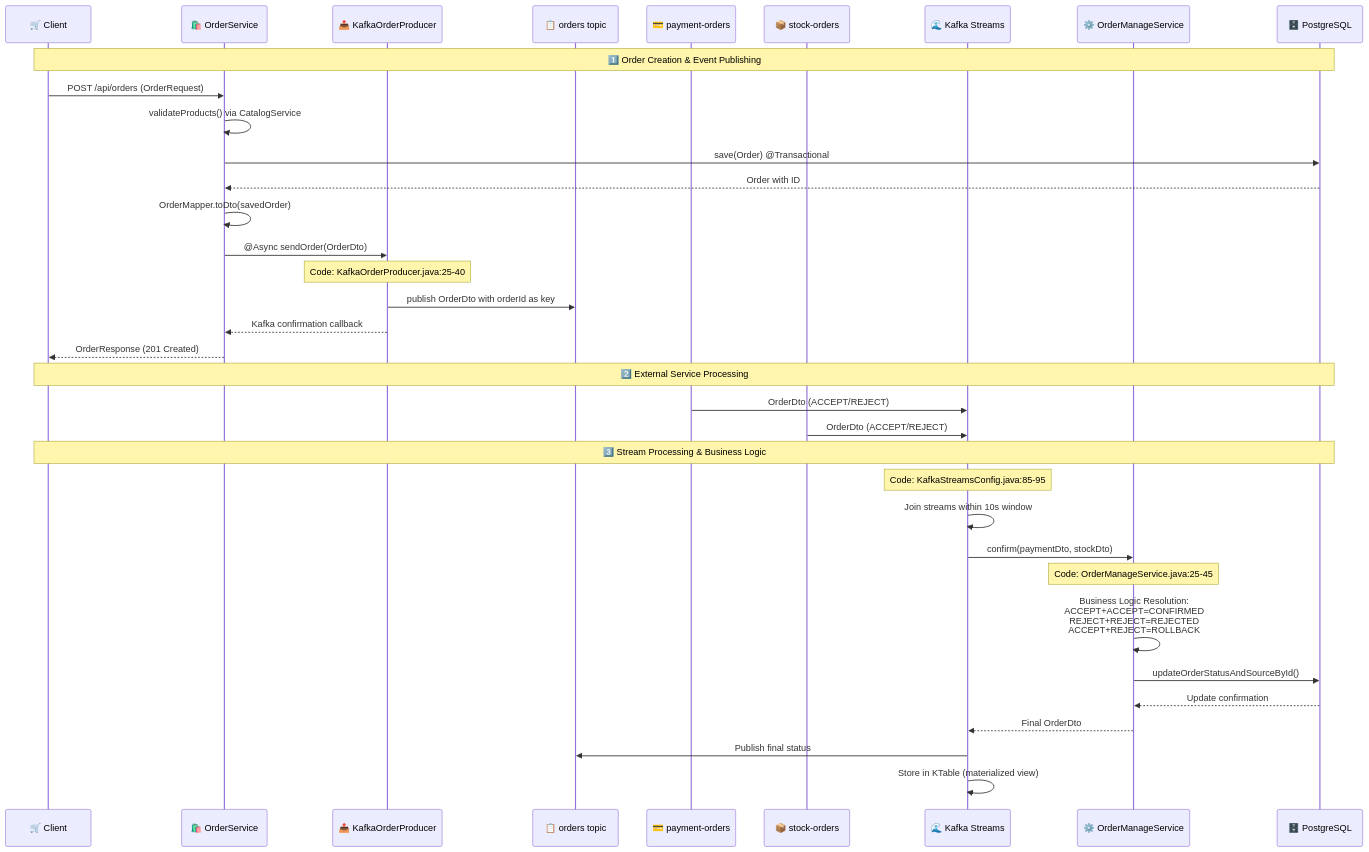
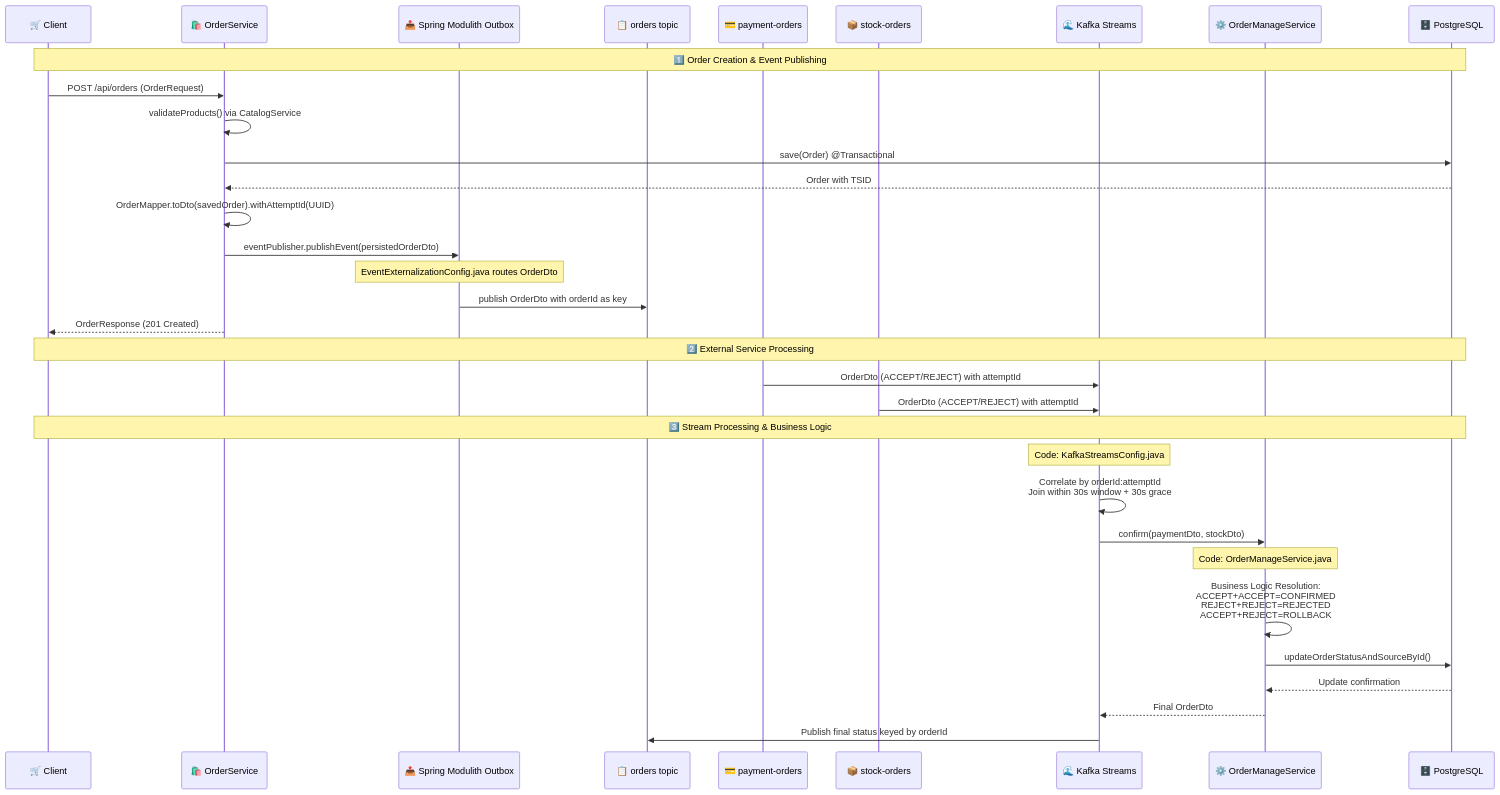
The second of 3 diagrams in order-service/docs/01-Event-Driven-Architecture-Deep-Dive.md (rajadilipkolli/spring-boot-microservices-series-v2), drawn with Mermaid before and after one commit. The commit also changed other lines of this file and 51 other files, not shown here.

````diff
--- a/order-service/docs/01-Event-Driven-Architecture-Deep-Dive.md
+++ b/order-service/docs/01-Event-Driven-Architecture-Deep-Dive.md
@@ -61,43 +58,41 @@
 ```mermaid
 sequenceDiagram
     participant Client as 🛒 Client
     participant OrderAPI as 🛍️ OrderService
-    participant KafkaProducer as 📤 KafkaOrderProducer
+    participant Modulith as 📤 Spring Modulith Outbox
     participant OrdersTopic as 📋 orders topic
     participant PaymentTopic as 💳 payment-orders
     participant StockTopic as 📦 stock-orders
     participant KafkaStreams as 🌊 Kafka Streams
     participant OrderManage as ⚙️ OrderManageService
     participant Database as 🗄️ PostgreSQL
     
     Note over Client, Database: 1️⃣ Order Creation & Event Publishing
     Client->>OrderAPI: POST /api/orders (OrderRequest)
     OrderAPI->>OrderAPI: validateProducts() via CatalogService
     OrderAPI->>Database: save(Order) @Transactional
-    Database-->>OrderAPI: Order with ID
-    OrderAPI->>OrderAPI: OrderMapper.toDto(savedOrder)
-    OrderAPI->>KafkaProducer: @Async sendOrder(OrderDto)
+    Database-->>OrderAPI: Order with TSID
+    OrderAPI->>OrderAPI: OrderMapper.toDto(savedOrder).withAttemptId(UUID)
+    OrderAPI->>Modulith: eventPublisher.publishEvent(persistedOrderDto)
     
-    Note over KafkaProducer: Code: KafkaOrderProducer.java:25-40
-    KafkaProducer->>OrdersTopic: publish OrderDto with orderId as key
-    KafkaProducer-->>OrderAPI: Kafka confirmation callback
+    Note over Modulith: EventExternalizationConfig.java routes OrderDto
+    Modulith->>OrdersTopic: publish OrderDto with orderId as key
     OrderAPI-->>Client: OrderResponse (201 Created)
     
     Note over Client, Database: 2️⃣ External Service Processing
-    PaymentTopic->>KafkaStreams: OrderDto (ACCEPT/REJECT)
-    StockTopic->>KafkaStreams: OrderDto (ACCEPT/REJECT)
+    PaymentTopic->>KafkaStreams: OrderDto (ACCEPT/REJECT) with attemptId
+    StockTopic->>KafkaStreams: OrderDto (ACCEPT/REJECT) with attemptId
     
     Note over Client, Database: 3️⃣ Stream Processing & Business Logic
-    Note over KafkaStreams: Code: KafkaStreamsConfig.java:85-95
-    KafkaStreams->>KafkaStreams: Join streams within 10s window
+    Note over KafkaStreams: Code: KafkaStreamsConfig.java
+    KafkaStreams->>KafkaStreams: Correlate by orderId:attemptId<br/>Join within 30s window + 30s grace
     KafkaStreams->>OrderManage: confirm(paymentDto, stockDto)
     
-    Note over OrderManage: Code: OrderManageService.java:25-45
+    Note over OrderManage: Code: OrderManageService.java
     OrderManage->>OrderManage: Business Logic Resolution:<br/>ACCEPT+ACCEPT=CONFIRMED<br/>REJECT+REJECT=REJECTED<br/>ACCEPT+REJECT=ROLLBACK
     OrderManage->>Database: updateOrderStatusAndSourceById()
     Database-->>OrderManage: Update confirmation
     OrderManage-->>KafkaStreams: Final OrderDto
     
-    KafkaStreams->>OrdersTopic: Publish final status
-    KafkaStreams->>KafkaStreams: Store in KTable (materialized view)
+    KafkaStreams->>OrdersTopic: Publish final status keyed by orderId
 ```
````
